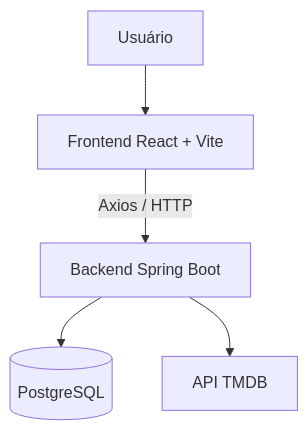
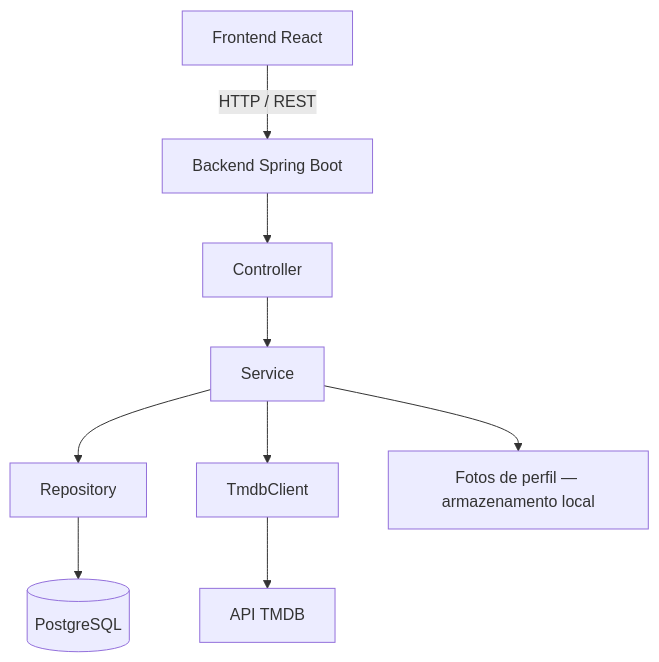
The diagram in README.md (arthurcoelho04/OurFilmsFront), drawn with Mermaid before and after one commit. The commit also changed other lines of this file, not shown here.

First line of the commit message:
Enhance README with backend and feature updates

````diff
--- a/README.md
+++ b/README.md
@@ -21,7 +23,11 @@
 ```mermaid
 flowchart TD
-    USER["Usuário"] --> REACT["Frontend React + Vite"]
-    REACT -->|Axios / HTTP| API["Backend Spring Boot"]
-    API --> DB[("PostgreSQL")]
-    API --> TMDB["API TMDB"]
+    FRONT["Frontend React"] -->|HTTP / REST| API["Backend Spring Boot"]
+    API --> CONTROLLER["Controller"]
+    CONTROLLER --> SERVICE["Service"]
+    SERVICE --> REPOSITORY["Repository"]
+    REPOSITORY --> DB[("PostgreSQL")]
+    SERVICE --> CLIENT["TmdbClient"]
+    CLIENT --> TMDB["API TMDB"]
+    SERVICE --> FOTOS["Fotos de perfil — armazenamento local"]
 ```
````
